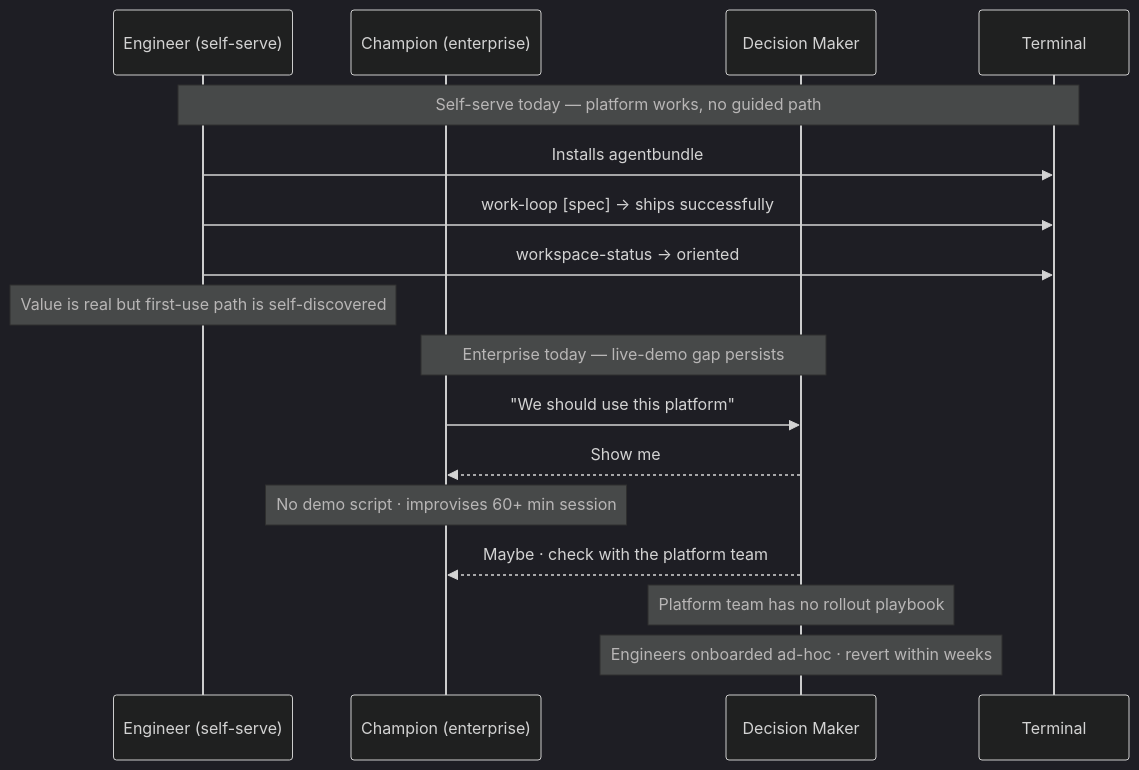
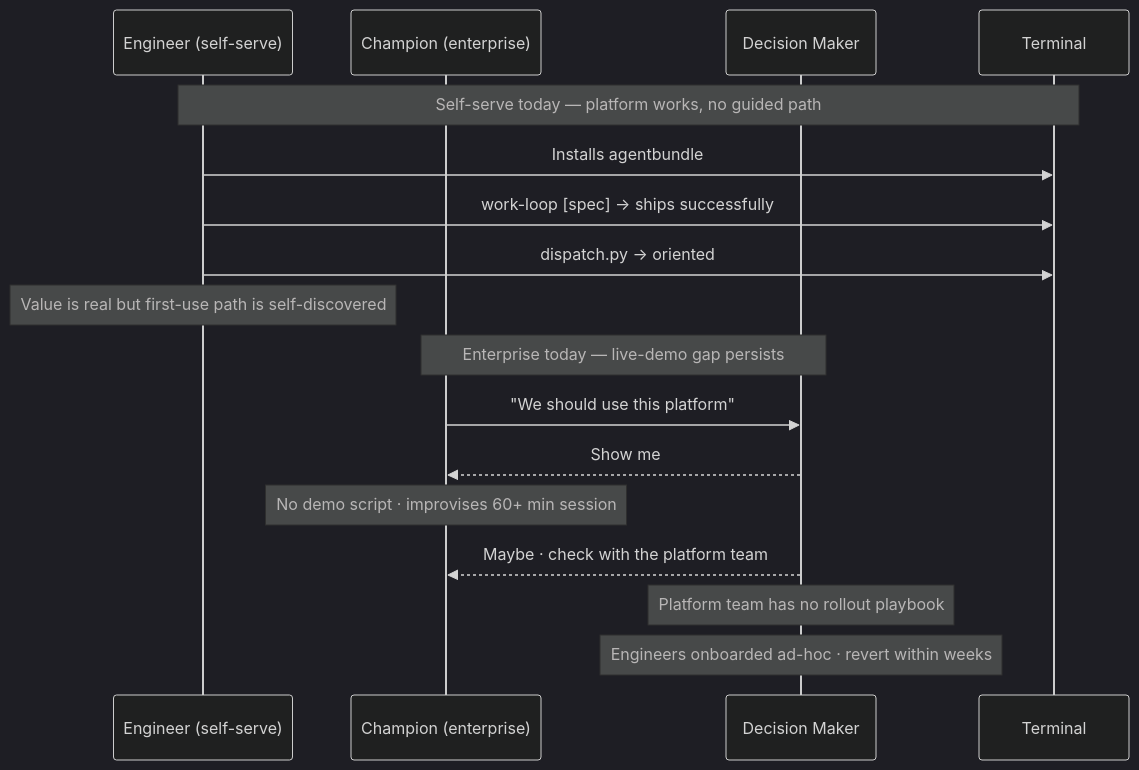
The first of 2 diagrams in docs/product/journeys/team-evaluates-and-adopts.md (eugenelim/agent-ready-repo), drawn with Mermaid (dark theme) before and after one commit. The commit also changed other lines of this file and 213 other files, not shown here.

````diff
--- a/docs/product/journeys/team-evaluates-and-adopts.md
+++ b/docs/product/journeys/team-evaluates-and-adopts.md
@@ -68,21 +68,21 @@
 ```mermaid
 sequenceDiagram
     participant ENG as Engineer (self-serve)
     participant CH as Champion (enterprise)
     participant DM as Decision Maker
     participant CLI as Terminal
 
     Note over ENG,CLI: Self-serve today — platform works, no guided path
     ENG->>CLI: Installs agentbundle
     ENG->>CLI: work-loop [spec] → ships successfully
-    ENG->>CLI: workspace-status → oriented
+    ENG->>CLI: dispatch.py → oriented
     Note over ENG: Value is real but first-use path is self-discovered
 
     Note over CH,DM: Enterprise today — live-demo gap persists
     CH->>DM: "We should use this platform"
     DM-->>CH: Show me
     Note over CH: No demo script · improvises 60+ min session
     DM-->>CH: Maybe · check with the platform team
     Note over DM: Platform team has no rollout playbook
     Note over DM: Engineers onboarded ad-hoc · revert within weeks
 ```
````
